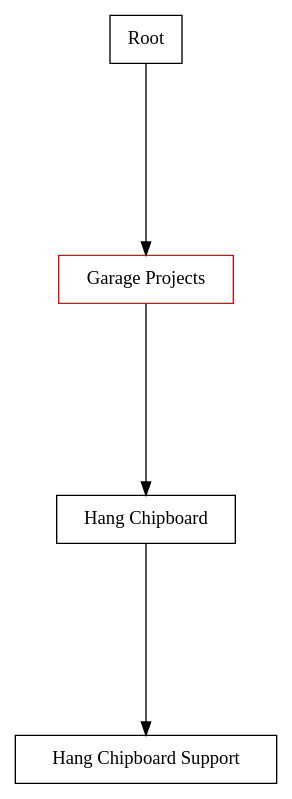
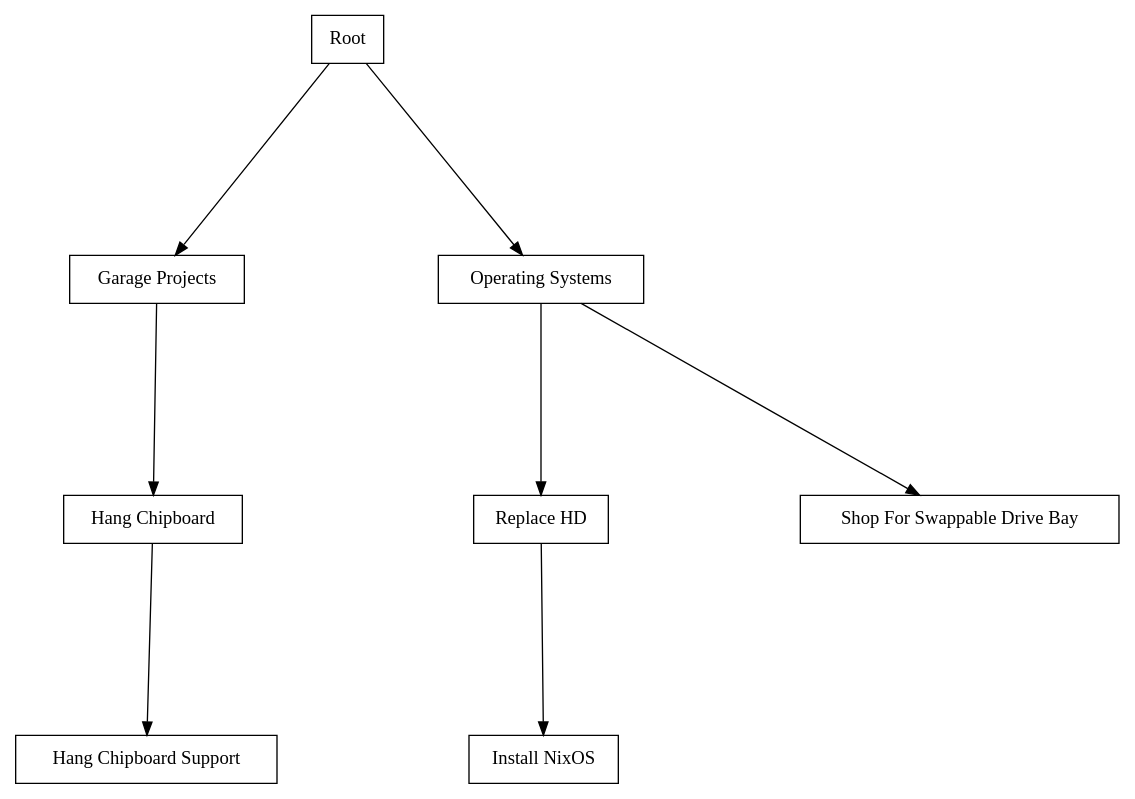
Before and after one commit to bradleybossard/project-management-as-code: the diagram in projects.gv, drawn with Graphviz. The commit also changed 1 other file, not shown here.

```diff
--- a/projects.gv
+++ b/projects.gv
@@ -1,17 +1,27 @@
 digraph G { 
   ranksep=2.0 
     nodesep=2.0 
     overlap="false" 
 
     node [color="black", shape="rectangle"] 
 
-    "R" [label="Root",color="black"] 
+    "R" [label="Root"] 
 
-    "G" [label="Garage Projects",color="red"] 
-    "HCB" [label="Hang Chipboard",color="black"] 
-    "HCBS" [label="Hang Chipboard Support",color="black"] 
+    "G" [label="Garage Projects"] 
+    "HCB" [label="Hang Chipboard"] 
+    "HCBS" [label="Hang Chipboard Support"] 
+
+    "OS" [label="Operating Systems"] 
+    "RHD" [label="Replace HD"] 
+    "SSD" [label="Shop For Swappable Drive Bay"] 
+    "INIX" [label="Install NixOS"] 
 
     "R" -> "G"
     "G" -> "HCB"
     "HCB" -> "HCBS"
+
+    "R" -> "OS"
+    "OS" -> "RHD"
+    "RHD" -> "INIX"
+    "OS" -> "SSD"
 }
```
